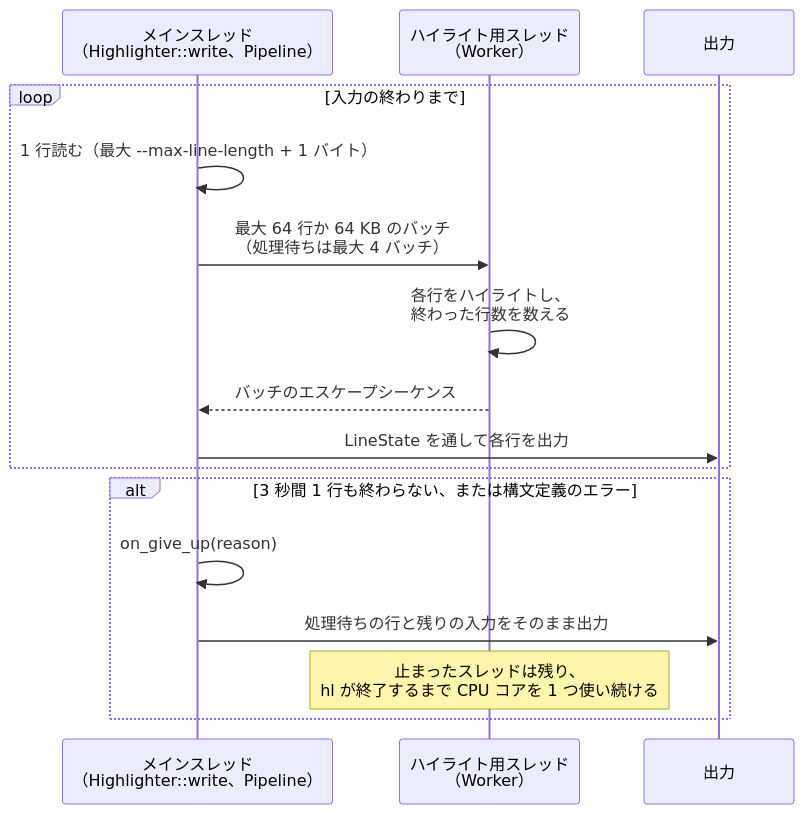
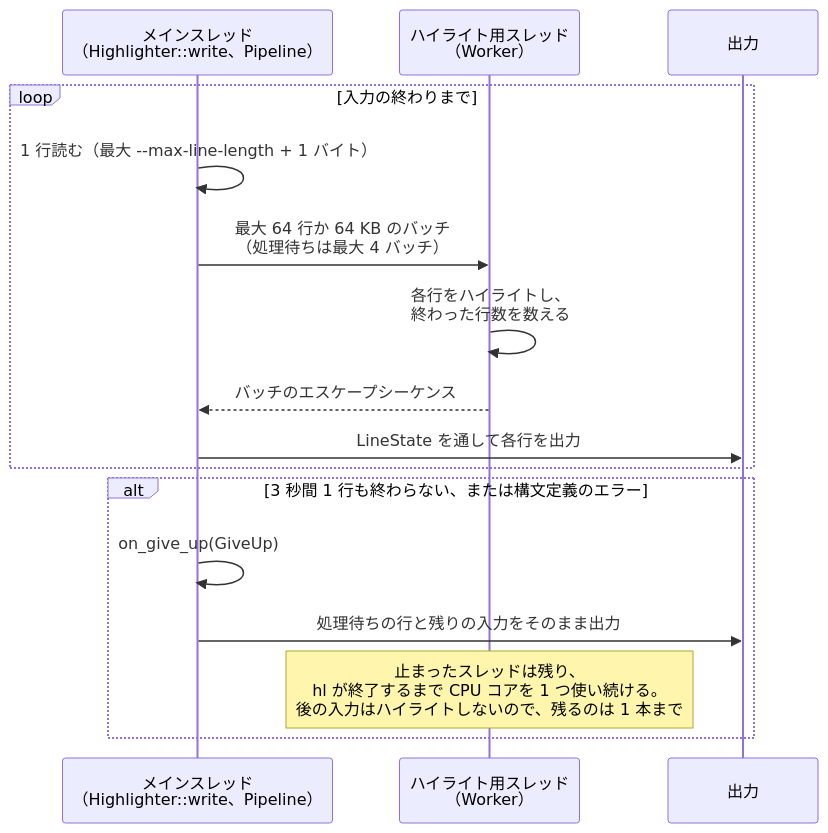
The third of 4 diagrams in docs/DESIGN_ja.md (codemajin/hl), drawn with Mermaid before and after one commit. The commit also changed other lines of this file and 9 other files, not shown here.

````diff
--- a/docs/DESIGN_ja.md
+++ b/docs/DESIGN_ja.md
@@ -94,18 +94,18 @@
 ```mermaid
 sequenceDiagram
     participant M as メインスレッド<br/>（Highlighter::write、Pipeline）
     participant W as ハイライト用スレッド<br/>（Worker）
     participant O as 出力
     loop 入力の終わりまで
         M->>M: 1 行読む（最大 --max-line-length + 1 バイト）
         M->>W: 最大 64 行か 64 KB のバッチ<br/>（処理待ちは最大 4 バッチ）
         W->>W: 各行をハイライトし、<br/>終わった行数を数える
         W-->>M: バッチのエスケープシーケンス
         M->>O: LineState を通して各行を出力
     end
     alt 3 秒間 1 行も終わらない、または構文定義のエラー
-        M->>M: on_give_up(reason)
+        M->>M: on_give_up(GiveUp)
         M->>O: 処理待ちの行と残りの入力をそのまま出力
-        Note over W: 止まったスレッドは残り、<br/>hl が終了するまで CPU コアを 1 つ使い続ける
+        Note over W: 止まったスレッドは残り、<br/>hl が終了するまで CPU コアを 1 つ使い続ける。<br/>後の入力はハイライトしないので、残るのは 1 本まで
     end
 ```
````
